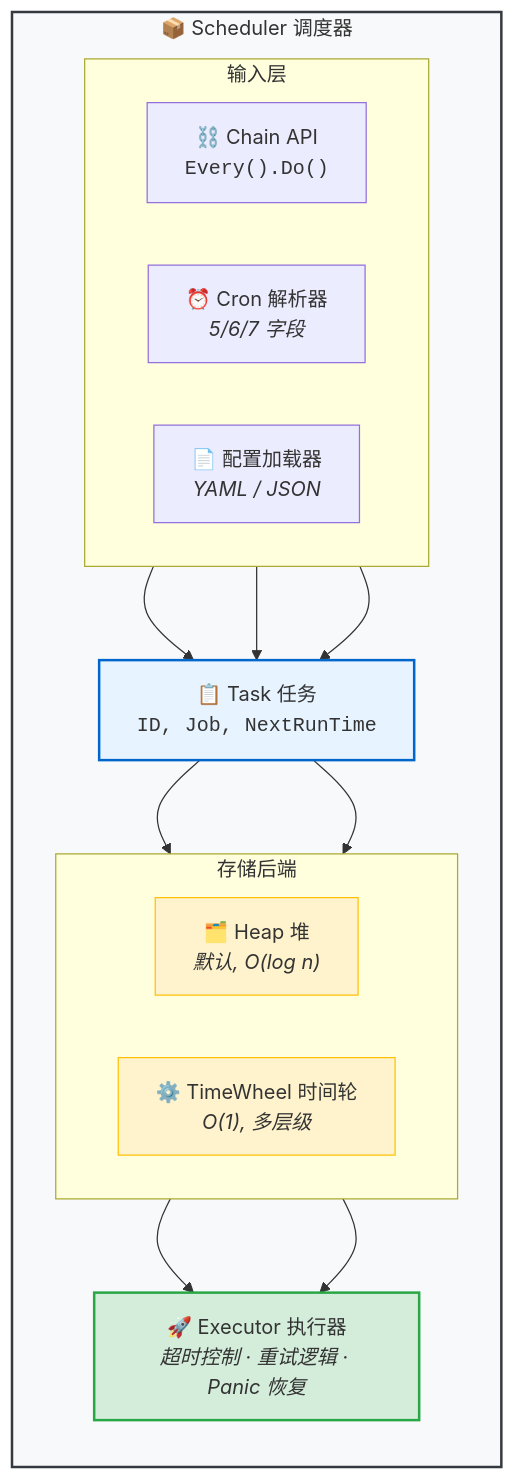
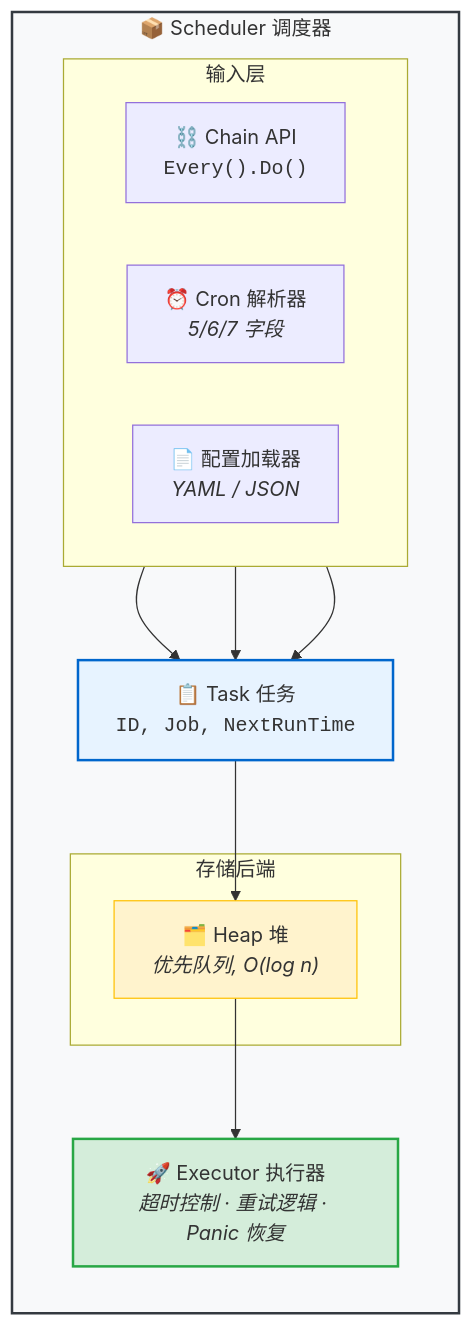
The diagram in docs/readme.zh.md (hansir-hsj/GoLiteCron), drawn with Mermaid before and after one commit. The commit also changed other lines of this file and 37 other files, not shown here.

````diff
--- a/docs/readme.zh.md
+++ b/docs/readme.zh.md
@@ -63,37 +63,32 @@
 ```mermaid
 flowchart TB
     subgraph Scheduler["📦 Scheduler 调度器"]
         direction TB
         
         subgraph Input["输入层"]
             direction LR
             ChainAPI["⛓️ Chain API<br/><code>Every().Do()</code>"]
             CronParser["⏰ Cron 解析器<br/><i>5/6/7 字段</i>"]
             ConfigLoader["📄 配置加载器<br/><i>YAML / JSON</i>"]
         end
         
         Task["📋 Task 任务<br/><code>ID, Job, NextRunTime</code>"]
         
         subgraph Storage["存储后端"]
-            direction LR
-            Heap["🗂️ Heap 堆<br/><i>默认, O(log n)</i>"]
-            TimeWheel["⚙️ TimeWheel 时间轮<br/><i>O(1), 多层级</i>"]
+            Heap["🗂️ Heap 堆<br/><i>优先队列, O(log n)</i>"]
         end
         
         Executor["🚀 Executor 执行器<br/><i>超时控制 · 重试逻辑 · Panic 恢复</i>"]
     end
     
     ChainAPI --> Task
     CronParser --> Task
     ConfigLoader --> Task
     Task --> Heap
-    Task --> TimeWheel
     Heap --> Executor
-    TimeWheel --> Executor
 
     style Scheduler fill:#f8f9fa,stroke:#343a40,stroke-width:2px
     style Task fill:#e7f3ff,stroke:#0066cc,stroke-width:2px
     style Executor fill:#d4edda,stroke:#28a745,stroke-width:2px
     style Heap fill:#fff3cd,stroke:#ffc107,stroke-width:1px
-    style TimeWheel fill:#fff3cd,stroke:#ffc107,stroke-width:1px
 ```
````
